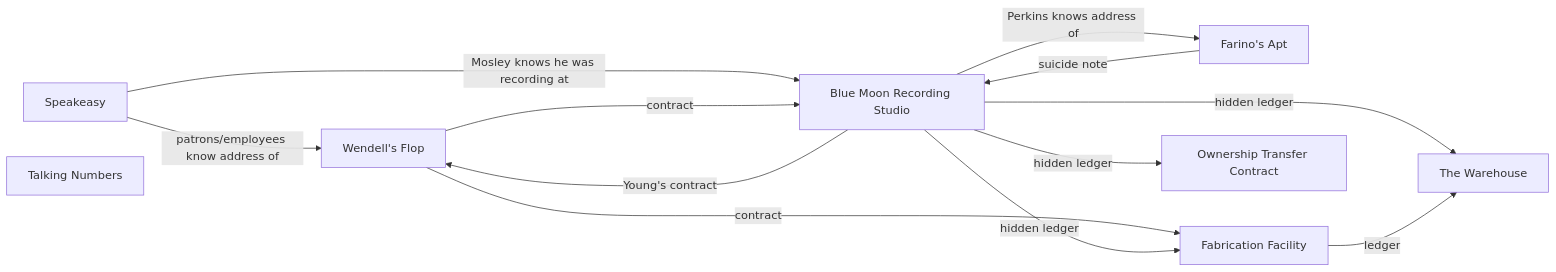
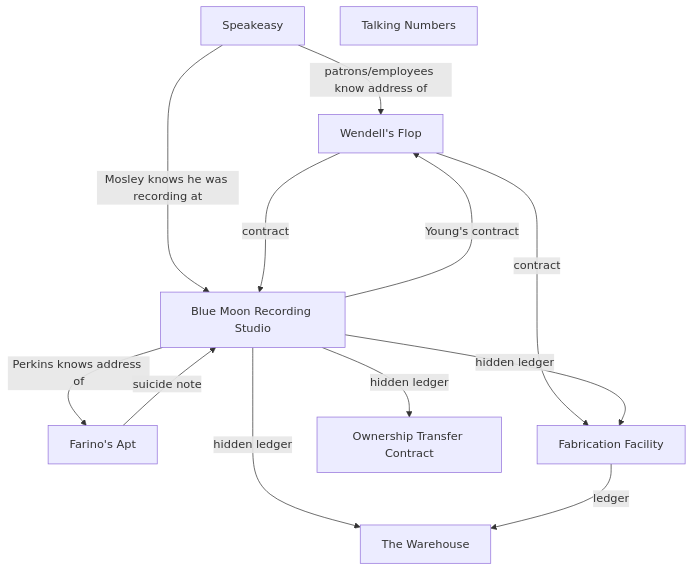
The second of 2 diagrams in that-jazz-craze/scene-map.md (lhayhurst/harlem-unbound), drawn with Mermaid before and after one commit.

Commit message:
TD is better

````diff
--- a/that-jazz-craze/scene-map.md
+++ b/that-jazz-craze/scene-map.md
@@ -11,26 +11,26 @@
 ```mermaid
-graph LR;
+graph TD;
     Speakeasy;
     WendellApt["Wendell's Flop"];
     FarinoApt["Farino's Apt"];
     TalkingNumbers["Talking Numbers"]
     RecordStudio["Blue Moon Recording Studio"];
     ProdFact["Fabrication Facility"];
     Warehouse["The Warehouse"];
     HandoutOwnershipTransfer["Ownership Transfer Contract"]
     
     Speakeasy -- patrons/employees know address of --> WendellApt;
     Speakeasy -- Mosley knows he was recording at --> RecordStudio
 
     WendellApt -- contract ---> RecordStudio
     WendellApt -- contract ---> ProdFact
 
     RecordStudio -- Young's contract --> WendellApt;
     RecordStudio -- Perkins knows address of --> FarinoApt;
 
     RecordStudio -- hidden ledger --> ProdFact & Warehouse & HandoutOwnershipTransfer;   
     
     FarinoApt -- suicide note --> RecordStudio
     
     ProdFact -- ledger --> Warehouse
 ```
````
